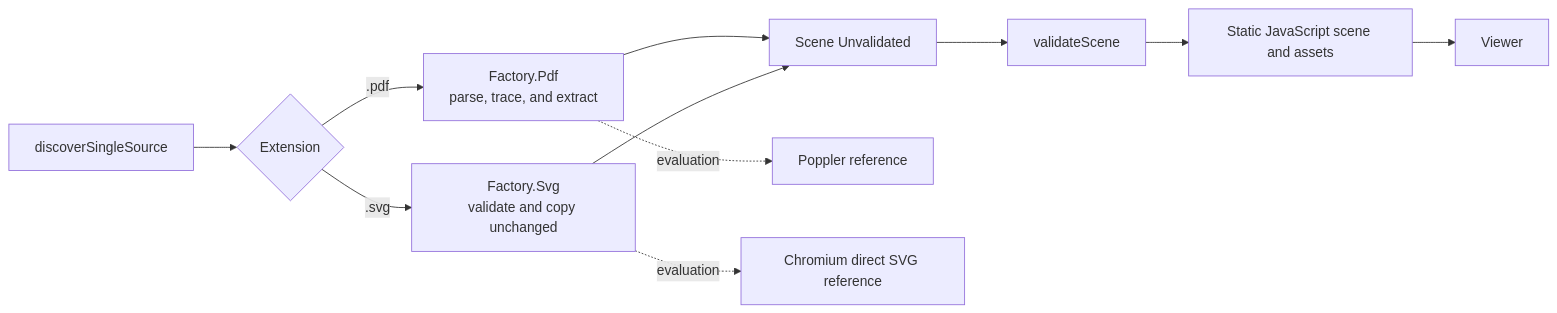
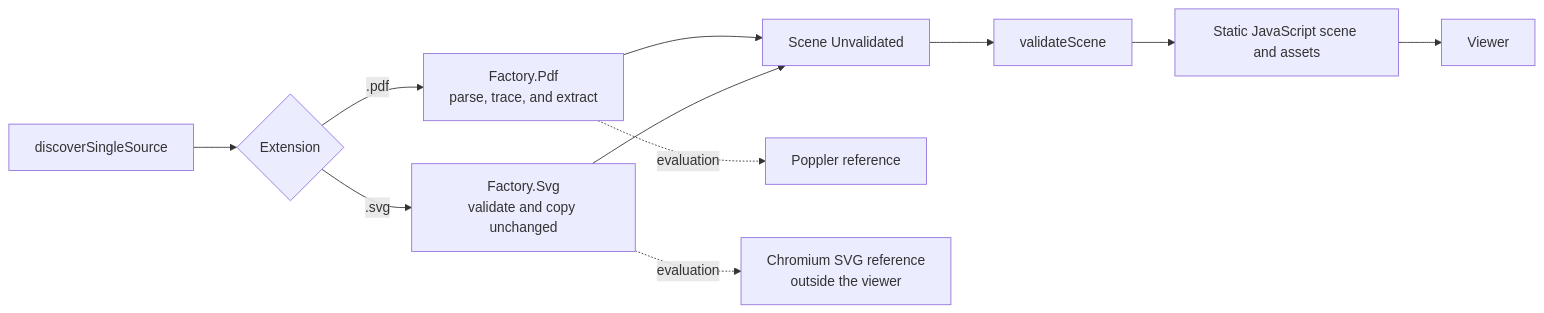
One commit to bajor/notes-website-factory-workflow changed the third of 4 diagrams in docs/architecture.md. Above: the diagram before and after it, drawn with Mermaid. The commit also changed other lines of this file and 9 other files, not shown here.

````diff
--- a/docs/architecture.md
+++ b/docs/architecture.md
@@ -78,11 +78,11 @@
 ```mermaid
 flowchart LR
   Discover[discoverSingleSource] --> Kind{Extension}
   Kind -->|.pdf| Pdf[Factory.Pdf<br/>parse, trace, and extract]
   Kind -->|.svg| Svg[Factory.Svg<br/>validate and copy unchanged]
   Pdf --> Raw[Scene Unvalidated]
   Svg --> Raw
   Raw --> Validate[validateScene] --> Emit[Static JavaScript scene and assets] --> Browser[Viewer]
   Pdf -. evaluation .-> Poppler[Poppler reference]
-  Svg -. evaluation .-> Direct[Chromium direct SVG reference]
+  Svg -. evaluation .-> Direct[Chromium SVG reference<br/>outside the viewer]
 ```
````
